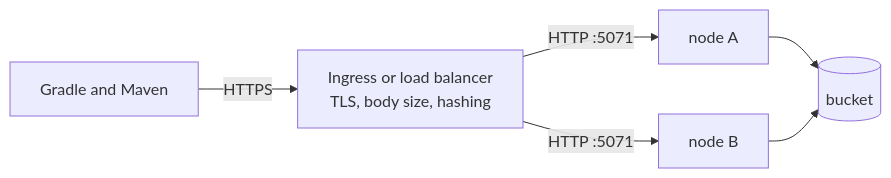
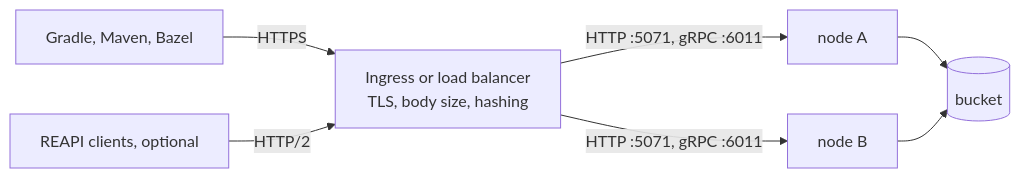
One commit to nevzheng/mammoth-cache changed the diagram in docs/user/deployment.md. Above: the diagram before and after it, drawn with Mermaid. The commit also changed other lines of this file and 2 other files, not shown here.

First line of the commit message:
docs(deploy): cover the gRPC port and drain, REAPI read-only and compression flags

````diff
--- a/docs/user/deployment.md
+++ b/docs/user/deployment.md
@@ -9,8 +10,9 @@
 ```mermaid
 flowchart LR
-    clients["Gradle and Maven"] -- HTTPS --> lb["Ingress or load balancer<br/>TLS, body size, hashing"]
-    lb -- HTTP :5071 --> a["node A"]
-    lb -- HTTP :5071 --> b["node B"]
+    clients["Gradle, Maven, Bazel"] -- HTTPS --> lb["Ingress or load balancer<br/>TLS, body size, hashing"]
+    grpc["REAPI clients, optional"] -- "HTTP/2" --> lb
+    lb -- "HTTP :5071, gRPC :6011" --> a["node A"]
+    lb -- "HTTP :5071, gRPC :6011" --> b["node B"]
     a --> bucket[("bucket")]
     b --> bucket
 ```
````
